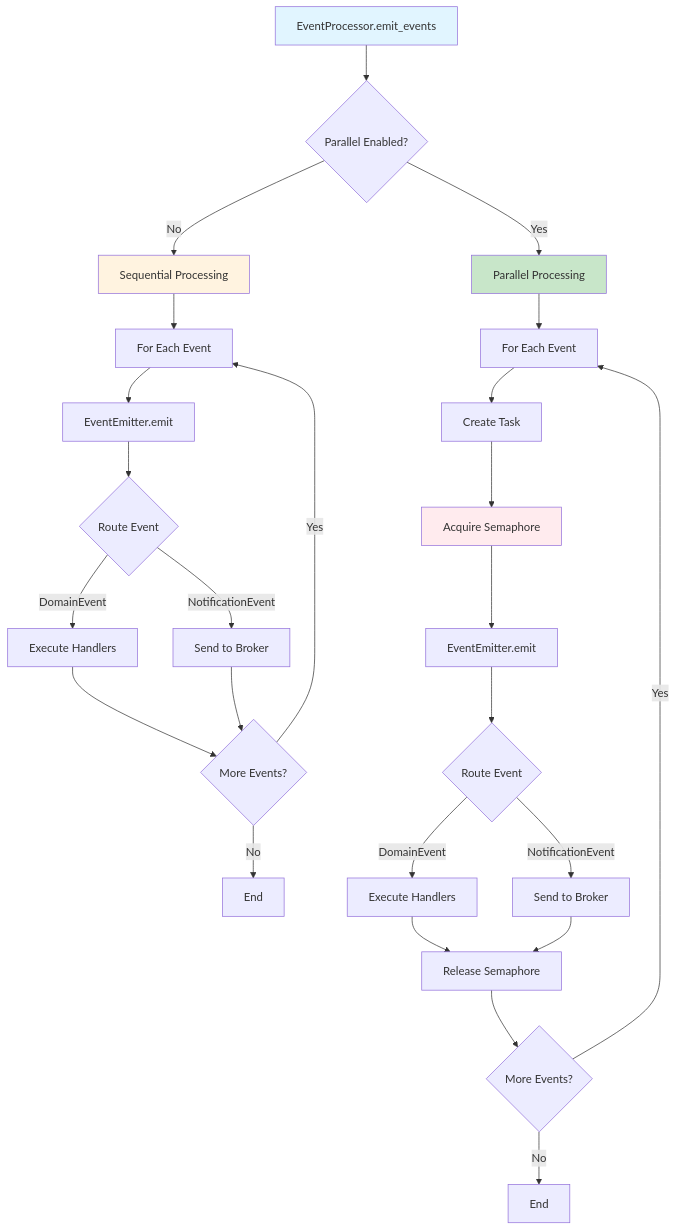
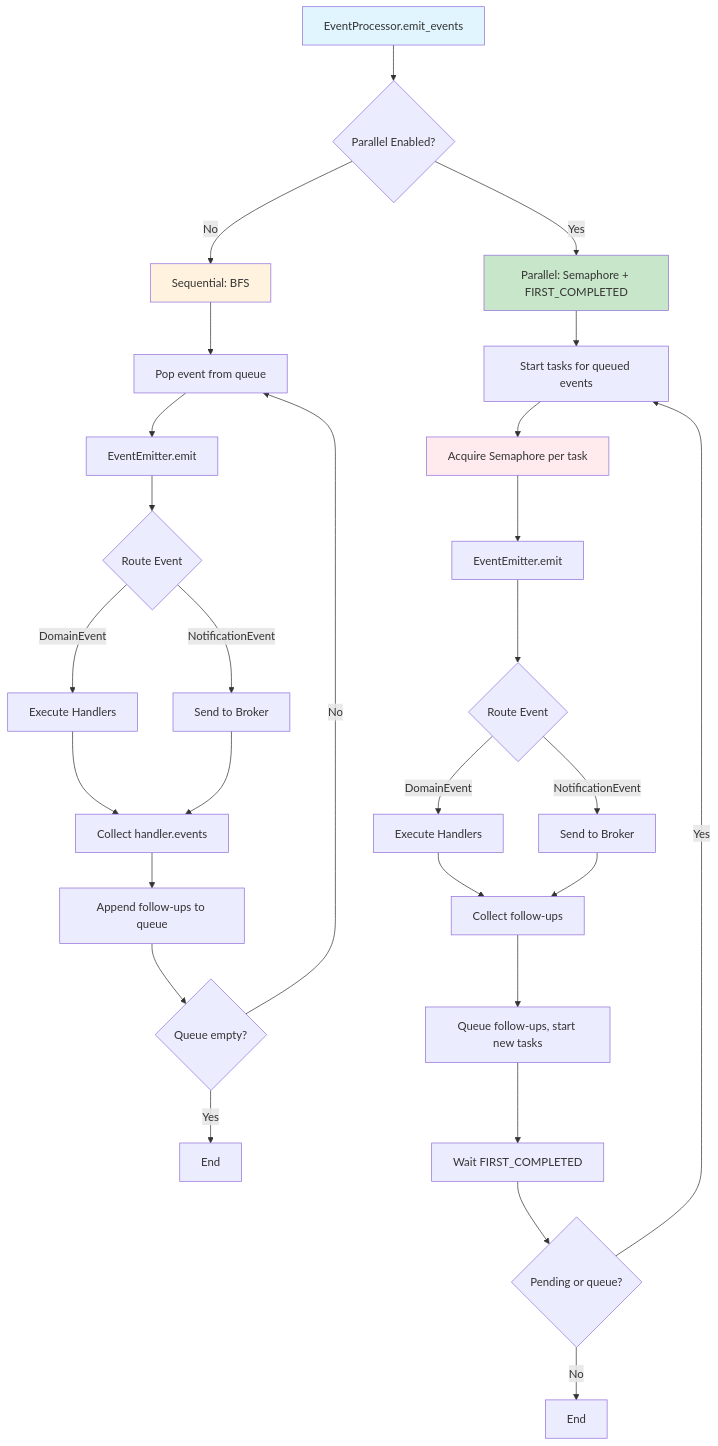
Before and after one commit to vadikko2/python-cqrs-mkdocs: the diagram in docs/event_handler/parallel_processing.md, drawn with Mermaid. The commit also changed other lines of this file and 7 other files, not shown here.

````diff
--- a/docs/event_handler/parallel_processing.md
+++ b/docs/event_handler/parallel_processing.md
@@ -25,34 +27,37 @@
 ```mermaid
 graph TD
     Start[EventProcessor.emit_events] --> CheckEnable{Parallel Enabled?}
     
-    CheckEnable -->|No| Sequential[Sequential Processing]
-    Sequential --> LoopSeq[For Each Event]
-    LoopSeq --> EmitSeq[EventEmitter.emit]
+    CheckEnable -->|No| Sequential[Sequential: BFS]
+    Sequential --> PopSeq[Pop event from queue]
+    PopSeq --> EmitSeq[EventEmitter.emit]
     EmitSeq --> RouteSeq{Route Event}
     RouteSeq -->|DomainEvent| HandlerSeq[Execute Handlers]
     RouteSeq -->|NotificationEvent| BrokerSeq[Send to Broker]
-    HandlerSeq --> NextSeq{More Events?}
-    BrokerSeq --> NextSeq
-    NextSeq -->|Yes| LoopSeq
-    NextSeq -->|No| End1[End]
+    HandlerSeq --> CollectSeq[Collect handler.events]
+    BrokerSeq --> CollectSeq
+    CollectSeq --> ExtendSeq[Append follow-ups to queue]
+    ExtendSeq --> MoreSeq{Queue empty?}
+    MoreSeq -->|No| PopSeq
+    MoreSeq -->|Yes| End1[End]
     
-    CheckEnable -->|Yes| Parallel[Parallel Processing]
-    Parallel --> LoopPar[For Each Event]
-    LoopPar --> CreateTask[Create Task]
-    CreateTask --> Semaphore[Acquire Semaphore]
+    CheckEnable -->|Yes| Parallel[Parallel: Semaphore + FIRST_COMPLETED]
+    Parallel --> PopPar[Start tasks for queued events]
+    PopPar --> Semaphore[Acquire Semaphore per task]
     Semaphore --> EmitPar[EventEmitter.emit]
     EmitPar --> RoutePar{Route Event}
     RoutePar -->|DomainEvent| HandlerPar[Execute Handlers]
     RoutePar -->|NotificationEvent| BrokerPar[Send to Broker]
-    HandlerPar --> ReleaseSem[Release Semaphore]
-    BrokerPar --> ReleaseSem
-    ReleaseSem --> NextPar{More Events?}
-    NextPar -->|Yes| LoopPar
-    NextPar -->|No| End2[End]
+    HandlerPar --> CollectPar[Collect follow-ups]
+    BrokerPar --> CollectPar
+    CollectPar --> QueuePar[Queue follow-ups, start new tasks]
+    QueuePar --> WaitPar[Wait FIRST_COMPLETED]
+    WaitPar --> MorePar{Pending or queue?}
+    MorePar -->|Yes| PopPar
+    MorePar -->|No| End2[End]
     
     style Start fill:#e1f5ff
     style Sequential fill:#fff3e0
     style Parallel fill:#c8e6c9
     style Semaphore fill:#ffebee
 ```
````
